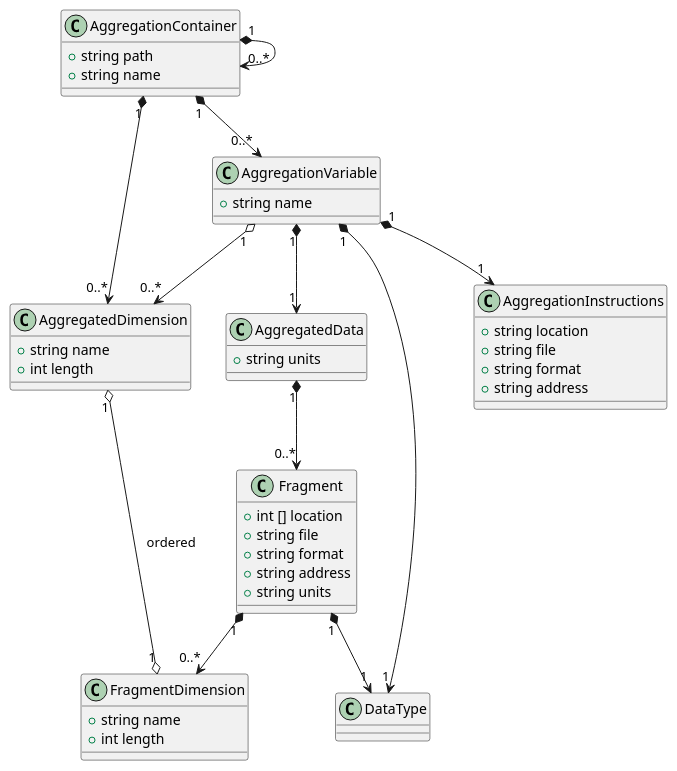
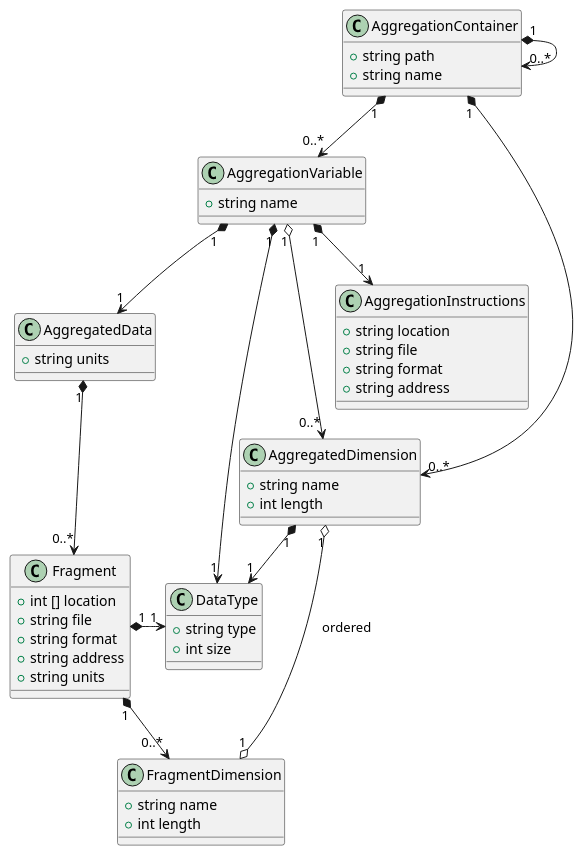
One commit to cedadev/CFA-C changed the diagram in doc/uml/cfa_class_diagram.puml. Above: the diagram before and after it, drawn with PlantUML. The commit also changed 13 other files, not shown here.

```diff
--- a/doc/uml/cfa_class_diagram.puml
+++ b/doc/uml/cfa_class_diagram.puml
@@ -1,55 +1,58 @@
 @startuml
 
 class DataType {
+    +string type
+    +int size
 }
 
 class Fragment {
     +int [] location
     +string file
     +string format
     +string address
     +string units
 }
 
 class AggregatedData {
     +string units
 }
 
 class AggregationInstructions {
     +string location
     +string file
     +string format
     +string address
 }
 
 class AggregatedDimension {
     +string name
     +int length
 }
 
 class FragmentDimension {
     +string name
     +int length
 }
 
 class AggregationVariable {
     +string name
 }
 
 class AggregationContainer {
     +string path
     +string name
 }
 
 AggregationVariable "1" o--> "0..*" AggregatedDimension
 AggregationVariable "1" *--> "1" AggregatedData
 AggregatedData "1" *--> "0..*" Fragment
 Fragment "1" *--> "0..*" FragmentDimension
 AggregatedDimension "1" o--o "1" FragmentDimension : ordered
+AggregatedDimension "1" *-> "1" DataType
 AggregationVariable "1" *--> "1" AggregationInstructions
-AggregationVariable "1" *--> "1" DataType
-Fragment "1" *--> "1" DataType
+AggregationVariable "1" *-> "1" DataType
+Fragment "1" *-> "1" DataType
 AggregationContainer "1" *--> "0..*" AggregationVariable
 AggregationContainer "1" *--> "0..*" AggregatedDimension
 AggregationContainer "1" *--> "0..*" AggregationContainer
 @enduml
```
